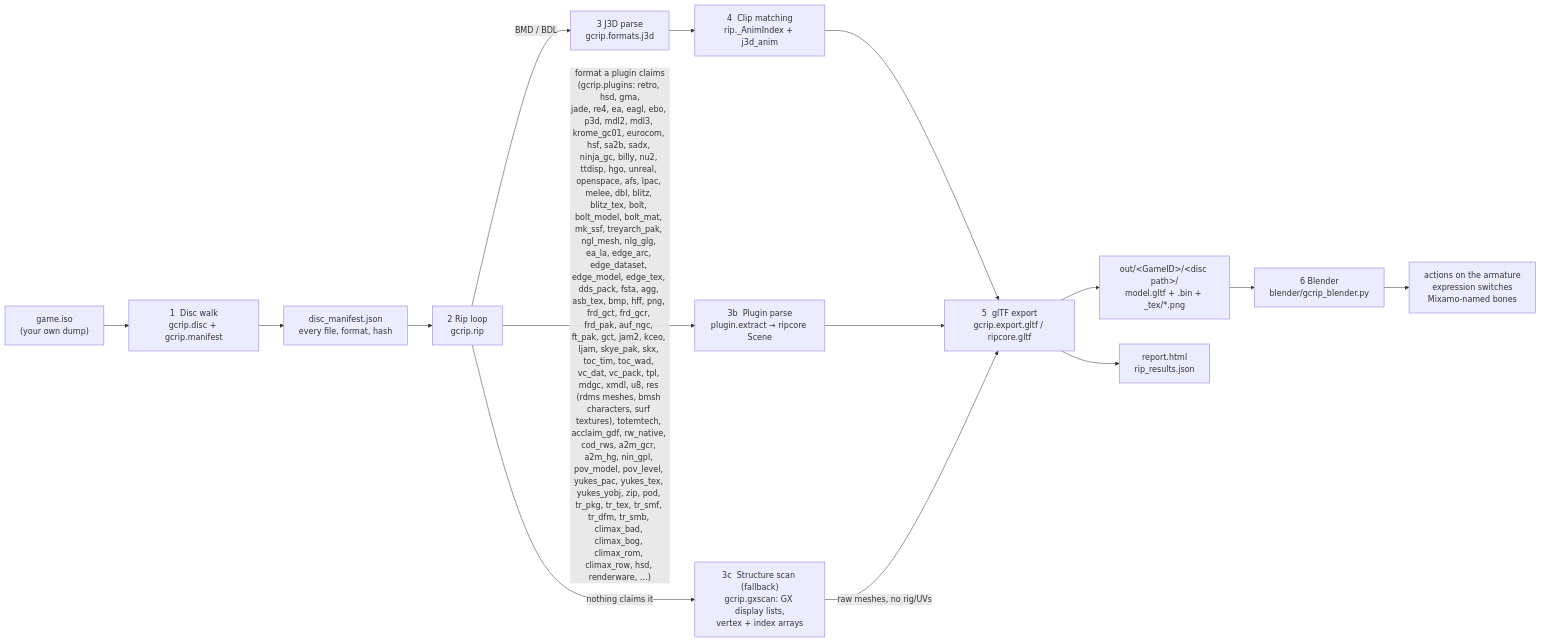
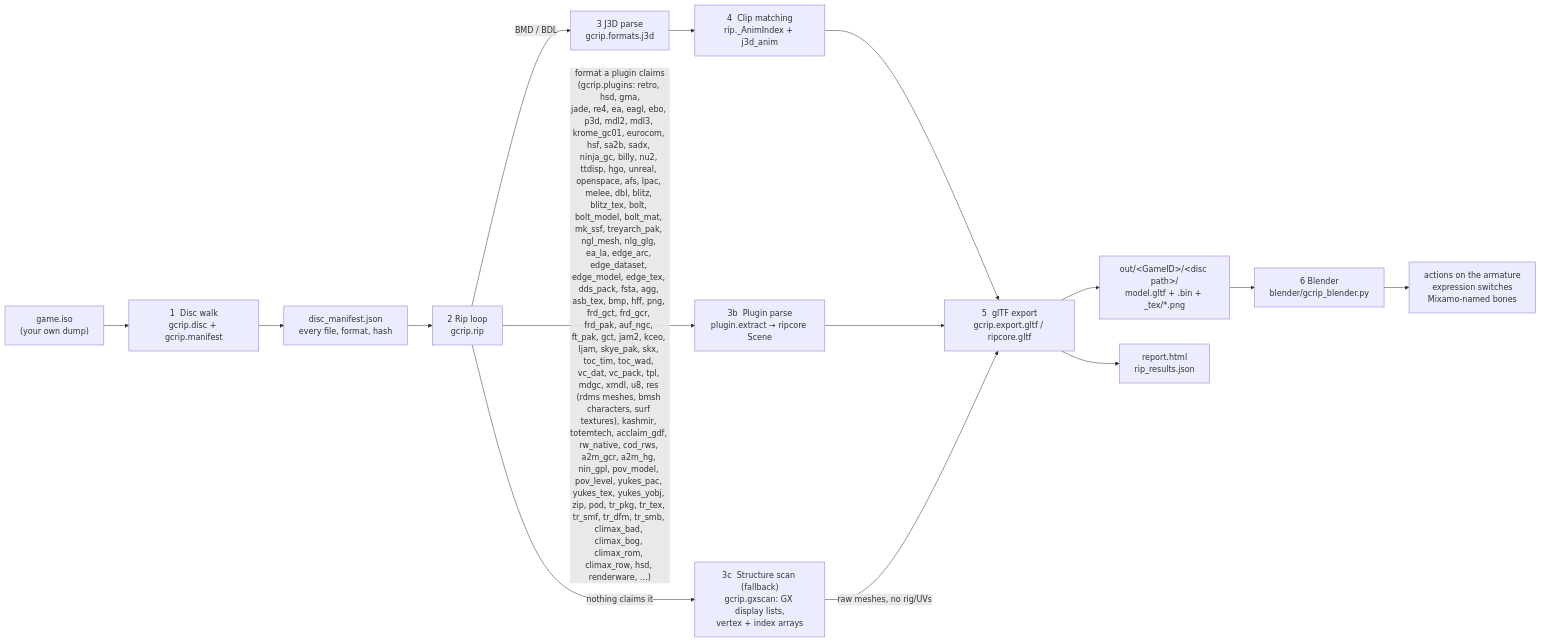
Before and after one commit to Felbs/3d-ripper-9000: the first of 10 diagrams in docs/PIPELINE.md, drawn with Mermaid. The commit also changed 6 other files, not shown here.

Commit message:
gcrip kashmir: City Racer / Taxi 3 / Speed Challenge .dat scenes - LE chunk stream, f32 meshes with 13-byte triangles, euler-placed nodes, RPMOC3S GameCube pictures (embedded and the discs' .tga)

````diff
--- a/docs/PIPELINE.md
+++ b/docs/PIPELINE.md
@@ -11,17 +11,17 @@
 ```mermaid
 flowchart LR
     ISO["game.iso<br/>(your own dump)"] --> WALK["1  Disc walk<br/>gcrip.disc + gcrip.manifest"]
     WALK --> MAN["disc_manifest.json<br/>every file, format, hash"]
     MAN --> RIP["2  Rip loop<br/>gcrip.rip"]
     RIP -->|"BMD / BDL"| J3D["3  J3D parse<br/>gcrip.formats.j3d"]
-    RIP -->|"format a plugin claims<br/>(gcrip.plugins: retro, hsd, gma,<br/>jade, re4, ea, eagl, ebo, p3d, mdl2, mdl3, krome_gc01, eurocom, hsf, sa2b, sadx, ninja_gc, billy, nu2, ttdisp, hgo, unreal, openspace, afs, lpac, melee, dbl, blitz, blitz_tex, bolt, bolt_model, bolt_mat, mk_ssf, treyarch_pak, ngl_mesh, nlg_glg, ea_la, edge_arc, edge_dataset, edge_model, edge_tex, dds_pack, fsta, agg, asb_tex, bmp, hff, png, frd_gct, frd_gcr, frd_pak, auf_ngc, ft_pak, gct, jam2, kceo, ljam, skye_pak, skx, toc_tim, toc_wad, vc_dat, vc_pack, tpl, mdgc, xmdl, u8, res (rdms meshes, bmsh characters, surf textures), totemtech, acclaim_gdf, rw_native, cod_rws, a2m_gcr, a2m_hg, nin_gpl, pov_model, pov_level, yukes_pac, yukes_tex, yukes_yobj, zip, pod, tr_pkg, tr_tex, tr_smf, tr_dfm, tr_smb, climax_bad, climax_bog, climax_rom, climax_row, hsd, renderware, …)"| PLUG["3b  Plugin parse<br/>plugin.extract → ripcore Scene"]
+    RIP -->|"format a plugin claims<br/>(gcrip.plugins: retro, hsd, gma,<br/>jade, re4, ea, eagl, ebo, p3d, mdl2, mdl3, krome_gc01, eurocom, hsf, sa2b, sadx, ninja_gc, billy, nu2, ttdisp, hgo, unreal, openspace, afs, lpac, melee, dbl, blitz, blitz_tex, bolt, bolt_model, bolt_mat, mk_ssf, treyarch_pak, ngl_mesh, nlg_glg, ea_la, edge_arc, edge_dataset, edge_model, edge_tex, dds_pack, fsta, agg, asb_tex, bmp, hff, png, frd_gct, frd_gcr, frd_pak, auf_ngc, ft_pak, gct, jam2, kceo, ljam, skye_pak, skx, toc_tim, toc_wad, vc_dat, vc_pack, tpl, mdgc, xmdl, u8, res (rdms meshes, bmsh characters, surf textures), kashmir, totemtech, acclaim_gdf, rw_native, cod_rws, a2m_gcr, a2m_hg, nin_gpl, pov_model, pov_level, yukes_pac, yukes_tex, yukes_yobj, zip, pod, tr_pkg, tr_tex, tr_smf, tr_dfm, tr_smb, climax_bad, climax_bog, climax_rom, climax_row, hsd, renderware, …)"| PLUG["3b  Plugin parse<br/>plugin.extract → ripcore Scene"]
     RIP -->|"nothing claims it"| GX["3c  Structure scan (fallback)<br/>gcrip.gxscan: GX display lists,<br/>vertex + index arrays"]
     J3D --> ANIM["4  Clip matching<br/>rip._AnimIndex + j3d_anim"]
     ANIM --> GLTF["5  glTF export<br/>gcrip.export.gltf / ripcore.gltf"]
     PLUG --> GLTF
     GX -->|"raw meshes, no rig/UVs"| GLTF
     GLTF --> OUT["out/&lt;GameID&gt;/&lt;disc path&gt;/<br/>model.gltf + .bin + _tex/*.png"]
     GLTF --> REP["report.html<br/>rip_results.json"]
     OUT --> BL["6  Blender<br/>blender/gcrip_blender.py"]
     BL --> PLAY["actions on the armature<br/>expression switches<br/>Mixamo-named bones"]
 ```
````
